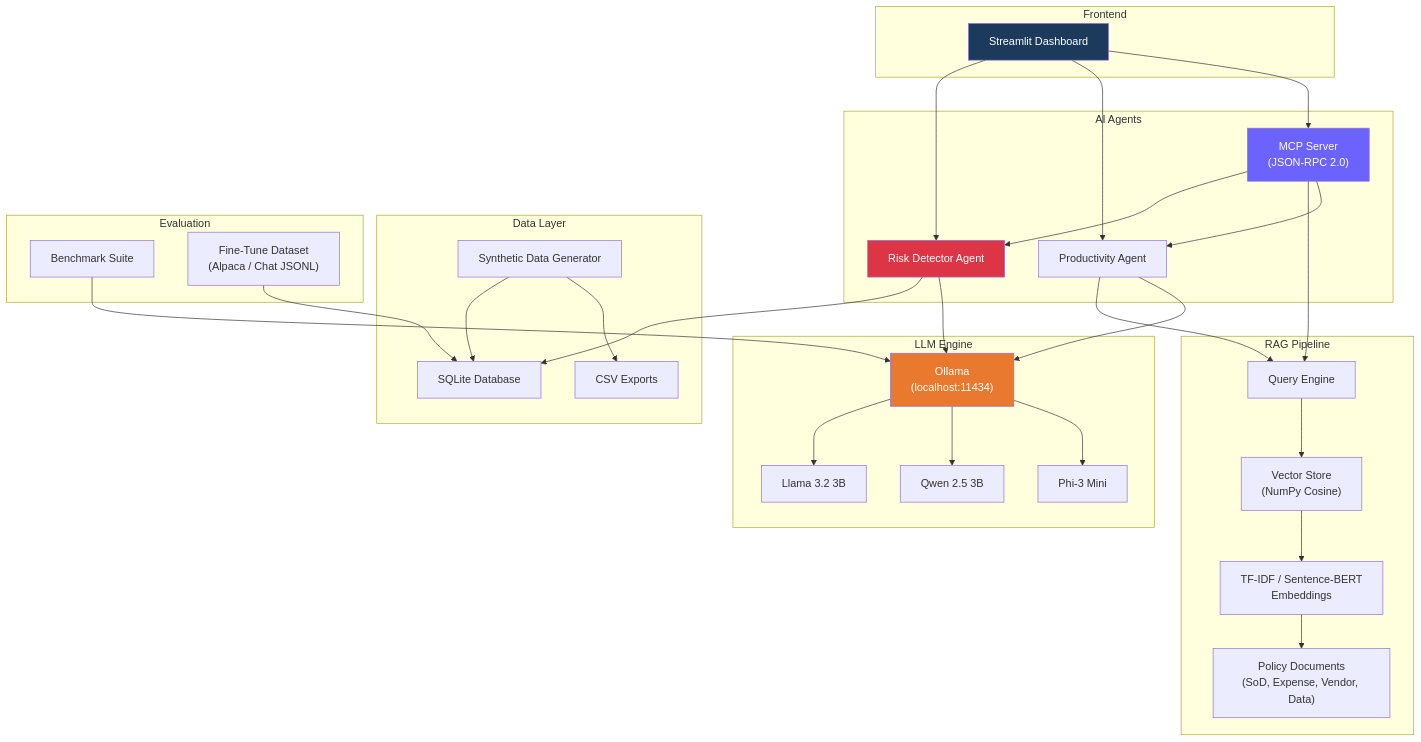
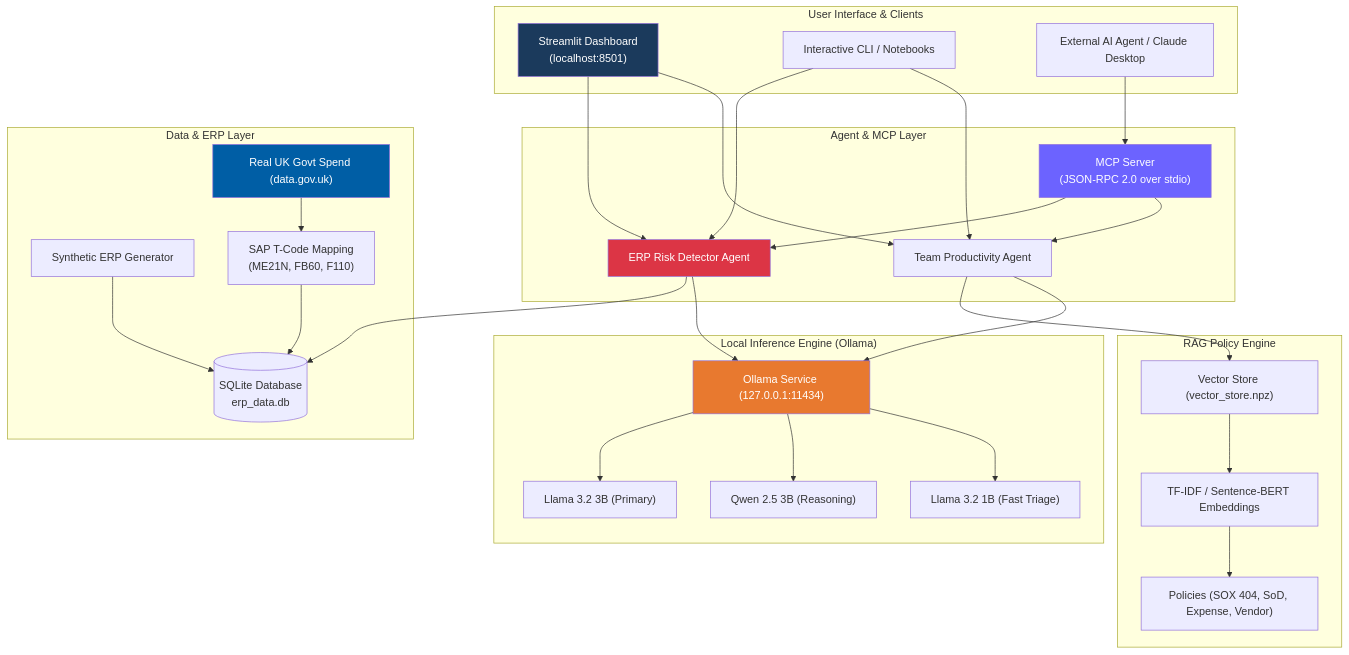
One commit to baibhab-chowdhury/erp-sentry-based-on-local-llm changed the diagram in README.md. Above: the diagram before and after it, drawn with Mermaid. The commit also changed other lines of this file, not shown here.

````diff
--- a/README.md
+++ b/README.md
@@ -40,55 +106,53 @@
 ```mermaid
 graph TB
-    subgraph "Frontend"
-        ST["Streamlit Dashboard"]
+    subgraph "User Interface & Clients"
+        UI["Streamlit Dashboard<br>(localhost:8501)"]
+        CLI["Interactive CLI / Notebooks"]
+        EXT["External AI Agent / Claude Desktop"]
     end
 
-    subgraph "AI Agents"
-        RD["Risk Detector Agent"]
-        PA["Productivity Agent"]
-        MCP["MCP Server<br>(JSON-RPC 2.0)"]
+    subgraph "Agent & MCP Layer"
+        MCP["MCP Server<br>(JSON-RPC 2.0 over stdio)"]
+        RD["ERP Risk Detector Agent"]
+        PA["Team Productivity Agent"]
     end
 
-    subgraph "RAG Pipeline"
-        EMB["TF-IDF / Sentence-BERT<br>Embeddings"]
-        VS["Vector Store<br>(NumPy Cosine)"]
-        QE["Query Engine"]
-        POL["Policy Documents<br>(SoD, Expense, Vendor, Data)"]
+    subgraph "RAG Policy Engine"
+        VS["Vector Store (vector_store.npz)"]
+        TF["TF-IDF / Sentence-BERT Embeddings"]
+        DOCS["Policies (SOX 404, SoD, Expense, Vendor)"]
     end
 
-    subgraph "Data Layer"
-        SYN["Synthetic Data Generator"]
-        DB["SQLite Database"]
-        CSV["CSV Exports"]
+    subgraph "Data & ERP Layer"
+        UKDATA["Real UK Govt Spend (data.gov.uk)"]
+        SYN["Synthetic ERP Generator"]
+        DB[("SQLite Database<br>erp_data.db")]
+        SAP["SAP T-Code Mapping<br>(ME21N, FB60, F110)"]
     end
 
-    subgraph "LLM Engine"
-        OL["Ollama<br>(localhost:11434)"]
-        L3["Llama 3.2 3B"]
-        QW["Qwen 2.5 3B"]
-        PH["Phi-3 Mini"]
+    subgraph "Local Inference Engine (Ollama)"
+        OLL["Ollama Service (127.0.0.1:11434)"]
+        M1["Llama 3.2 3B (Primary)"]
+        M2["Qwen 2.5 3B (Reasoning)"]
+        M3["Llama 3.2 1B (Fast Triage)"]
     end
 
-    subgraph "Evaluation"
-        BM["Benchmark Suite"]
-        FT["Fine-Tune Dataset<br>(Alpaca / Chat JSONL)"]
-    end
+    UI --> RD & PA
+    CLI --> RD & PA
+    EXT --> MCP
+    MCP --> RD & PA
+    RD --> DB
+    RD --> OLL
+    PA --> VS
+    PA --> OLL
+    VS --> TF --> DOCS
+    UKDATA --> SAP --> DB
+    SYN --> DB
+    OLL --> M1 & M2 & M3
 
-    ST --> RD & PA & MCP
-    RD --> DB
-    RD --> OL
-    PA --> QE
-    PA --> OL
-    MCP --> RD & QE & PA
-    QE --> VS --> EMB
-    EMB --> POL
-    SYN --> DB & CSV
-    OL --> L3 & QW & PH
-    BM --> OL
-    FT --> DB
-
-    style ST fill:#1B3A5C,color:#fff
-    style OL fill:#E8792F,color:#fff
+    style UI fill:#1B3A5C,color:#fff
+    style OLL fill:#E8792F,color:#fff
     style MCP fill:#6C63FF,color:#fff
     style RD fill:#dc3545,color:#fff
+    style UKDATA fill:#005EA5,color:#fff
 ```
````
